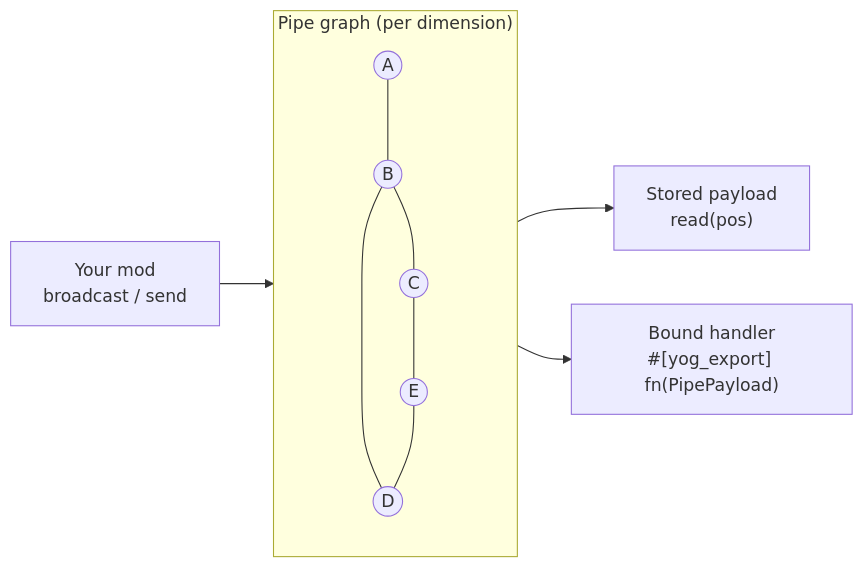
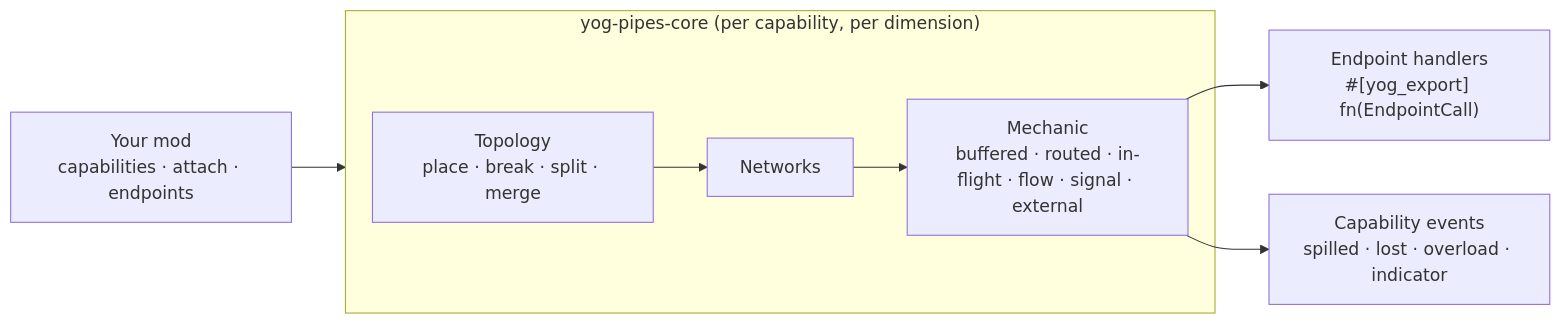
One commit to F000NKKK/Yog-Pipes changed the diagram in README.md. Above: the diagram before and after it, drawn with Mermaid. The commit also changed other lines of this file and 1 other file, not shown here.

First line of the commit message:
docs: describe the abstract pipe of 0.12

````diff
--- a/README.md
+++ b/README.md
@@ -132,11 +146,10 @@
 ```mermaid
 flowchart LR
-    src["Your mod<br/>broadcast / send"] --> g
-    subgraph g["Pipe graph (per dimension)"]
-        a((A)) --- b((B)) --- c((C))
-        b --- d((D))
-        c --- e((E)) --- d
+    m["Your mod<br/>capabilities · attach · endpoints"] --> e
+    subgraph e["yog-pipes-core (per capability, per dimension)"]
+        t["Topology<br/>place · break · split · merge"] --> n["Networks"]
+        n --> k["Mechanic<br/>buffered · routed · in-flight · flow · signal · external"]
     end
-    g --> st["Stored payload<br/>read(pos)"]
-    g --> h["Bound handler<br/>#[yog_export] fn(PipePayload)"]
+    k --> h["Endpoint handlers<br/>#[yog_export] fn(EndpointCall)"]
+    k --> ev["Capability events<br/>spilled · lost · overload · indicator"]
 ```
````
